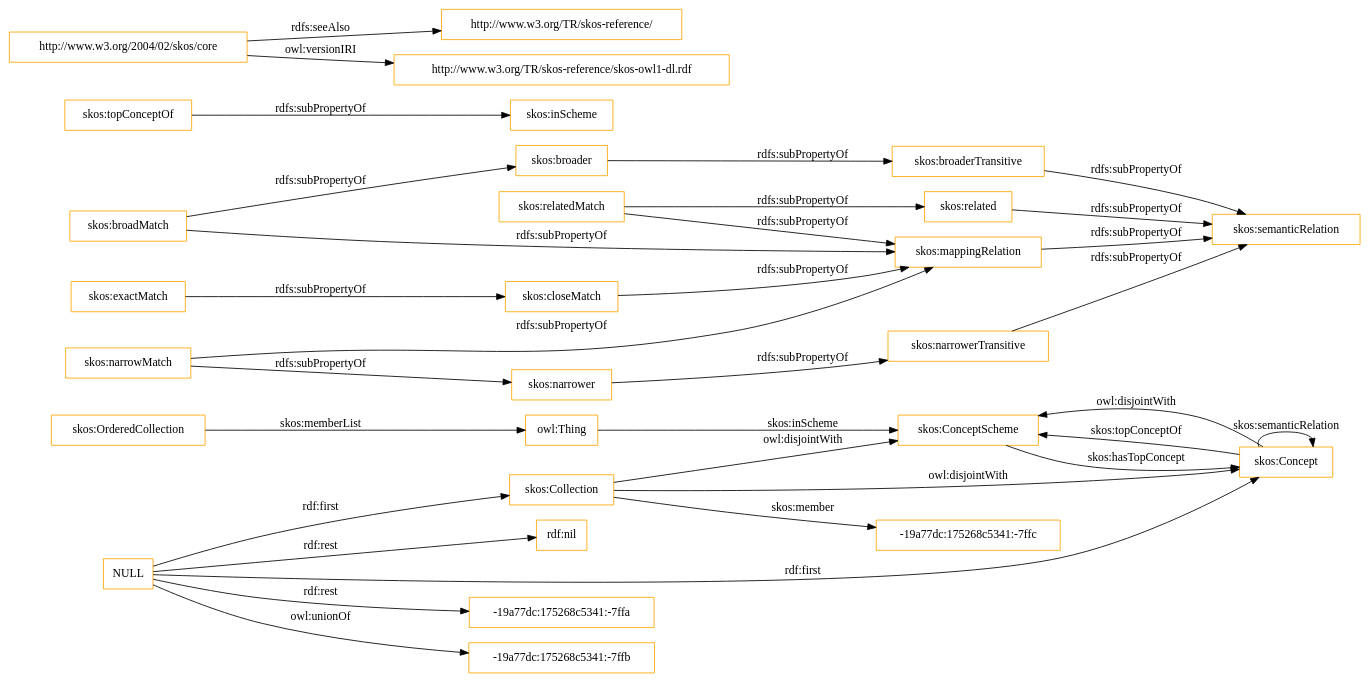
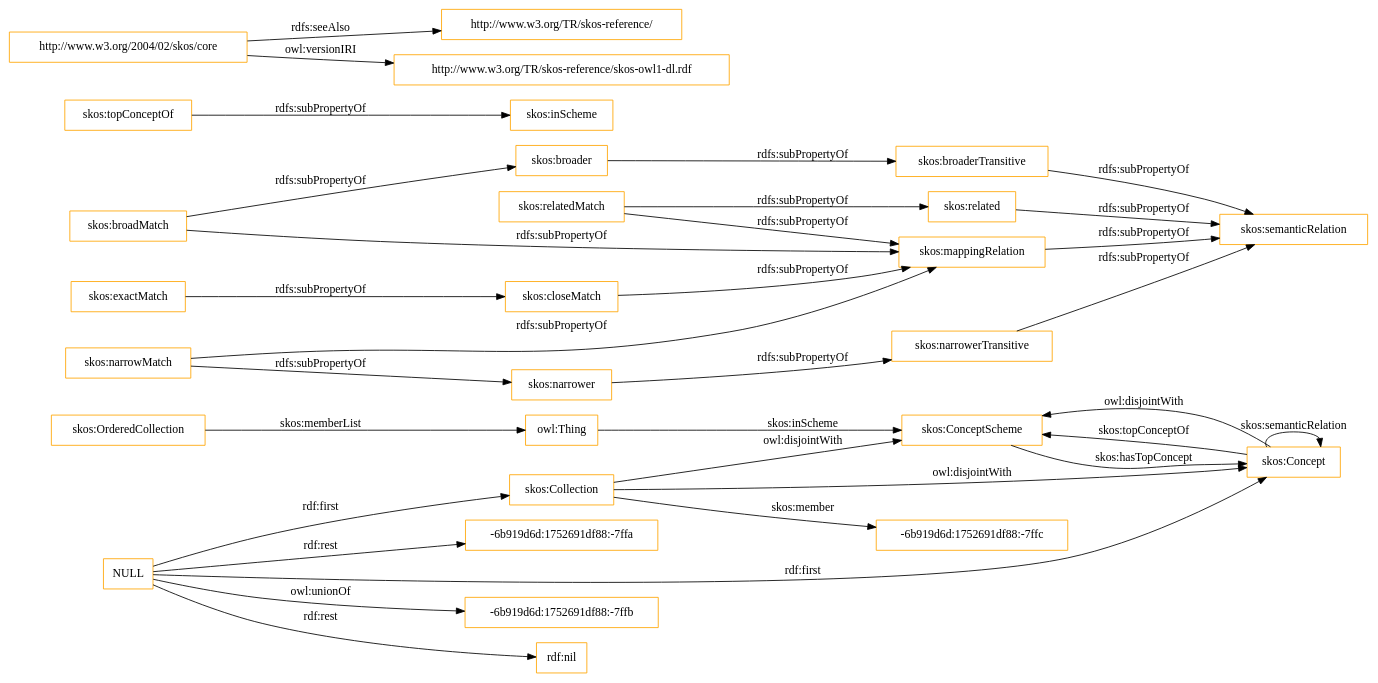
The diagram in OnToology/imports/skos.owl/diagrams/ar2dtool-class/skos.owl.png.dot (OnToologyUser/core-ontology-1), drawn with Graphviz before and after one commit. The commit also changed 14 other files, not shown here.

```diff
--- a/OnToology/imports/skos.owl/diagrams/ar2dtool-class/skos.owl.png.dot
+++ b/OnToology/imports/skos.owl/diagrams/ar2dtool-class/skos.owl.png.dot
@@ -1,37 +1,37 @@
 digraph ar2dtool_diagram { 
 rankdir=LR;
 size="1501"
-node [shape = rectangle, color="orange"]; "skos:OrderedCollection" "skos:ConceptScheme" "skos:Concept" "skos:Collection" "-19a77dc:175268c5341:-7ffc" ; /*classes style*/
+node [shape = rectangle, color="orange"]; "skos:OrderedCollection" "skos:ConceptScheme" "skos:Concept" "skos:Collection" "-6b919d6d:1752691df88:-7ffc" ; /*classes style*/
 	"skos:narrowerTransitive" -> "skos:semanticRelation" [ label = "rdfs:subPropertyOf" ];
-	"NULL" -> "-19a77dc:175268c5341:-7ffa" [ label = "rdf:rest" ];
-	"NULL" -> "skos:Collection" [ label = "rdf:first" ];
-	"NULL" -> "-19a77dc:175268c5341:-7ffb" [ label = "owl:unionOf" ];
+	"NULL" -> "-6b919d6d:1752691df88:-7ffb" [ label = "owl:unionOf" ];
 	"NULL" -> "rdf:nil" [ label = "rdf:rest" ];
 	"NULL" -> "skos:Concept" [ label = "rdf:first" ];
+	"NULL" -> "-6b919d6d:1752691df88:-7ffa" [ label = "rdf:rest" ];
+	"NULL" -> "skos:Collection" [ label = "rdf:first" ];
 	"skos:closeMatch" -> "skos:mappingRelation" [ label = "rdfs:subPropertyOf" ];
 	"skos:Concept" -> "skos:ConceptScheme" [ label = "owl:disjointWith" ];
 	"skos:relatedMatch" -> "skos:related" [ label = "rdfs:subPropertyOf" ];
 	"skos:relatedMatch" -> "skos:mappingRelation" [ label = "rdfs:subPropertyOf" ];
 	"skos:related" -> "skos:semanticRelation" [ label = "rdfs:subPropertyOf" ];
 	"skos:topConceptOf" -> "skos:inScheme" [ label = "rdfs:subPropertyOf" ];
 	"skos:broadMatch" -> "skos:mappingRelation" [ label = "rdfs:subPropertyOf" ];
 	"skos:broadMatch" -> "skos:broader" [ label = "rdfs:subPropertyOf" ];
 	"skos:exactMatch" -> "skos:closeMatch" [ label = "rdfs:subPropertyOf" ];
 	"skos:broaderTransitive" -> "skos:semanticRelation" [ label = "rdfs:subPropertyOf" ];
 	"skos:broader" -> "skos:broaderTransitive" [ label = "rdfs:subPropertyOf" ];
 	"skos:mappingRelation" -> "skos:semanticRelation" [ label = "rdfs:subPropertyOf" ];
 	"http://www.w3.org/2004/02/skos/core" -> "http://www.w3.org/TR/skos-reference/" [ label = "rdfs:seeAlso" ];
 	"http://www.w3.org/2004/02/skos/core" -> "http://www.w3.org/TR/skos-reference/skos-owl1-dl.rdf" [ label = "owl:versionIRI" ];
 	"skos:Collection" -> "skos:ConceptScheme" [ label = "owl:disjointWith" ];
 	"skos:Collection" -> "skos:Concept" [ label = "owl:disjointWith" ];
 	"skos:narrower" -> "skos:narrowerTransitive" [ label = "rdfs:subPropertyOf" ];
 	"skos:narrowMatch" -> "skos:narrower" [ label = "rdfs:subPropertyOf" ];
 	"skos:narrowMatch" -> "skos:mappingRelation" [ label = "rdfs:subPropertyOf" ];
 	"skos:OrderedCollection" -> "owl:Thing" [ label = "skos:memberList" ];
 	"skos:Concept" -> "skos:ConceptScheme" [ label = "skos:topConceptOf" ];
 	"skos:Concept" -> "skos:Concept" [ label = "skos:semanticRelation" ];
-	"skos:Collection" -> "-19a77dc:175268c5341:-7ffc" [ label = "skos:member" ];
+	"skos:Collection" -> "-6b919d6d:1752691df88:-7ffc" [ label = "skos:member" ];
 	"skos:ConceptScheme" -> "skos:Concept" [ label = "skos:hasTopConcept" ];
 	"owl:Thing" -> "skos:ConceptScheme" [ label = "skos:inScheme" ];
 
 }
```
